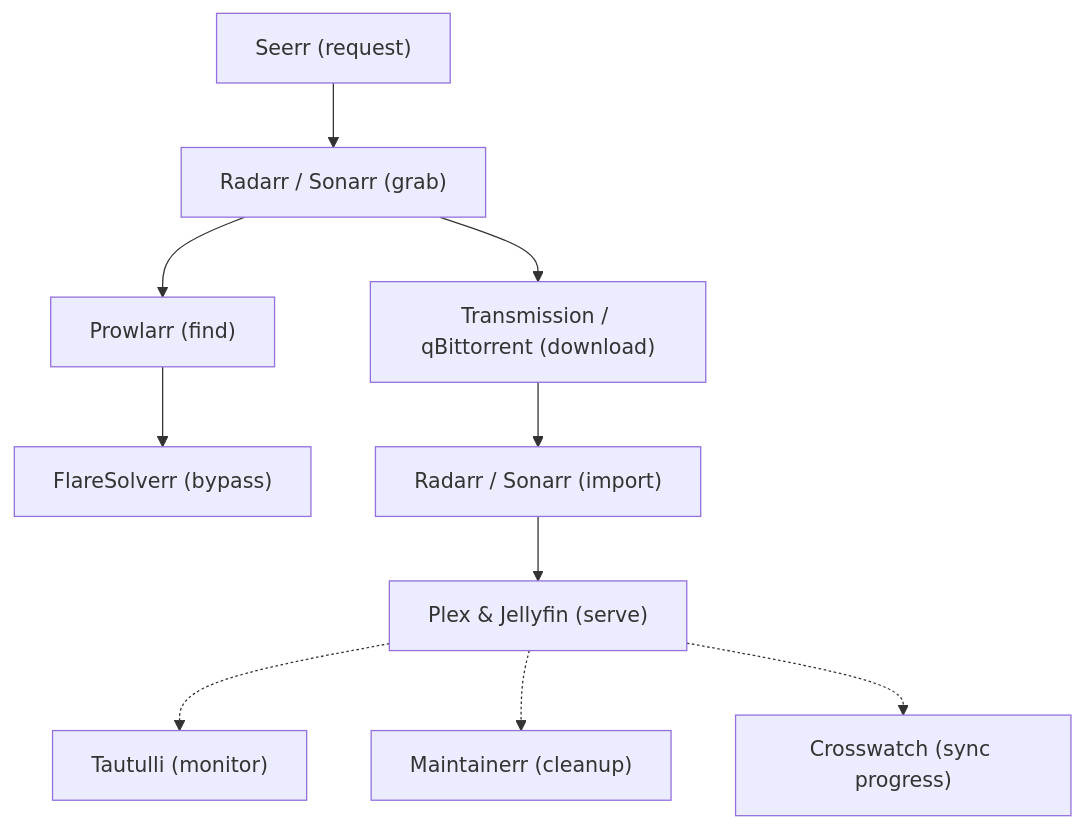
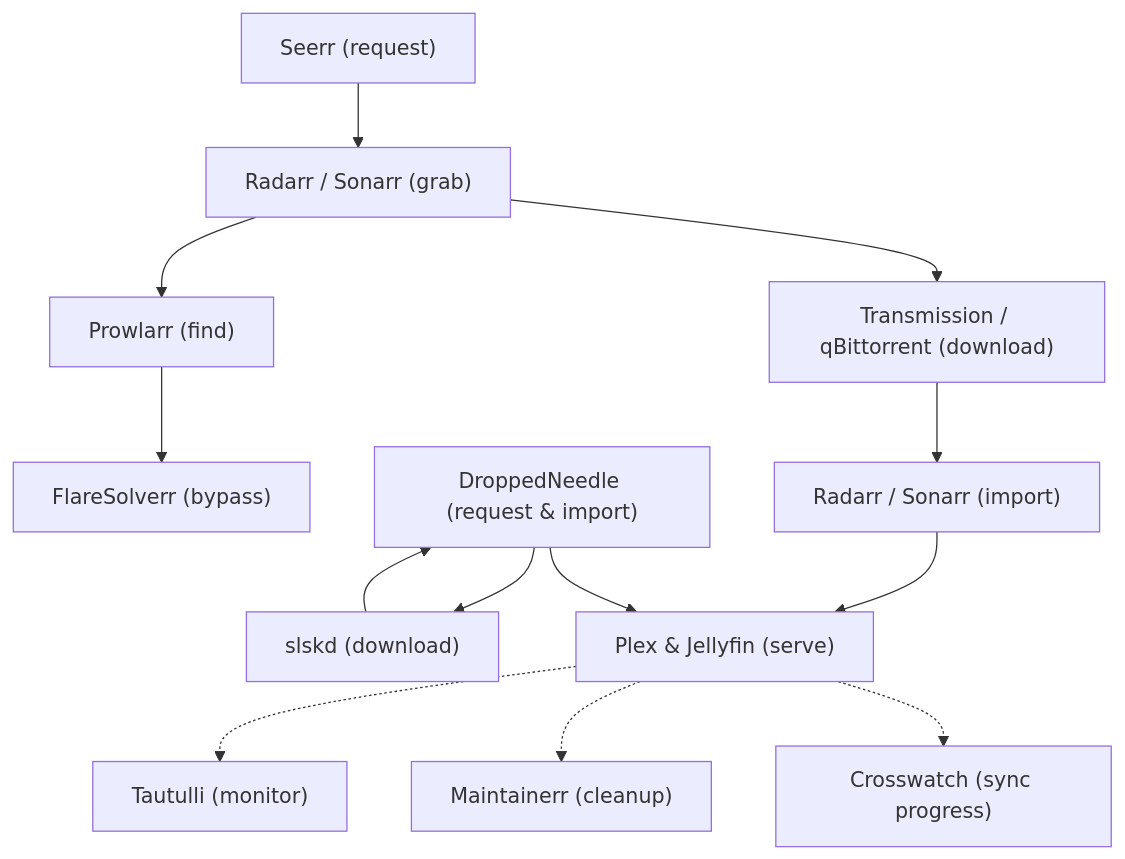
One commit to YogaNovvaindra/kube changed the diagram in media/README.md. Above: the diagram before and after it, drawn with Mermaid. The commit also changed other lines of this file and 3 other files, not shown here.

Commit message:
feat: deploy slskd and DroppedNeedle with persistent storage and documentation

````diff
--- a/media/README.md
+++ b/media/README.md
@@ -25,12 +27,15 @@
 ```mermaid
 graph TD
     Seerr["Seerr (request)"] --> Arr["Radarr / Sonarr (grab)"]
     Arr --> Prowlarr["Prowlarr (find)"]
     Prowlarr --> FlareSolverr["FlareSolverr (bypass)"]
     Arr --> Download["Transmission / qBittorrent (download)"]
     Download --> Import["Radarr / Sonarr (import)"]
+    DN["DroppedNeedle (request & import)"] --> SLSKD["slskd (download)"]
+    SLSKD --> DN
     Import --> Serve["Plex & Jellyfin (serve)"]
+    DN --> Serve
     Serve -.-> Tautulli["Tautulli (monitor)"]
     Serve -.-> Maintainerr["Maintainerr (cleanup)"]
     Serve -.-> Crosswatch["Crosswatch (sync progress)"]
 ```
````
